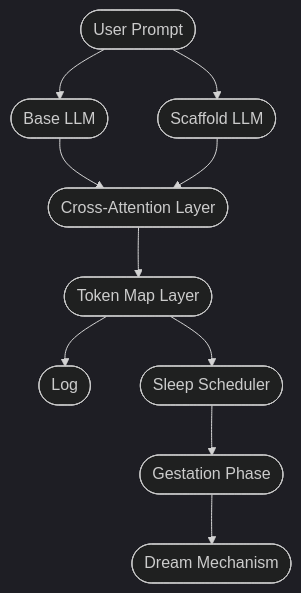
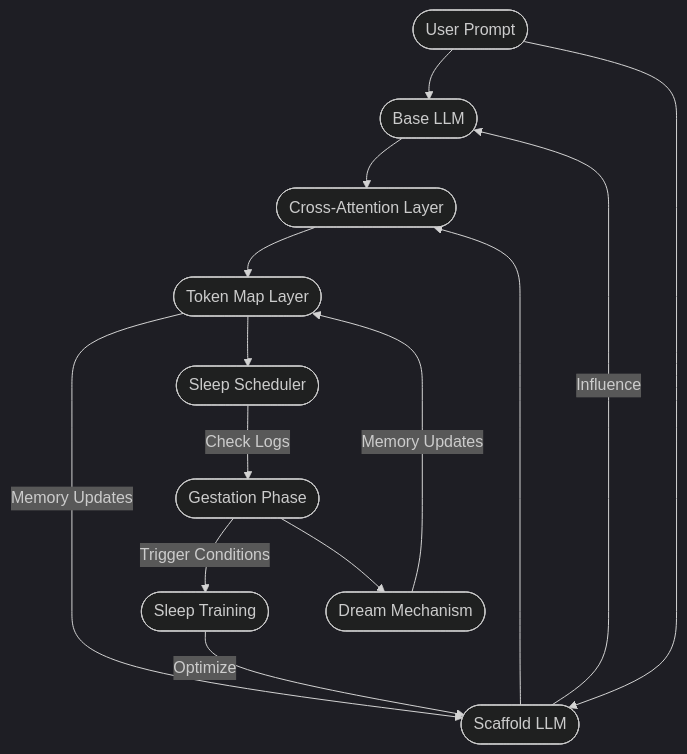
The diagram in structure.mmd (oppolla/dual-model-dynamic-scaffold), drawn with Mermaid (dark theme) before and after one commit.

```diff
--- a/structure.mmd
+++ b/structure.mmd
@@ -1,10 +1,14 @@
 flowchart TD
     UserPrompt([User Prompt]) --> BaseLLM([Base LLM])
     UserPrompt --> ScaffoldLLM([Scaffold LLM])
+    ScaffoldLLM -->|Influence| BaseLLM
     BaseLLM --> CrossAttention([Cross-Attention Layer])
     ScaffoldLLM --> CrossAttention
     CrossAttention --> TokenMap([Token Map Layer])
-    TokenMap --> Log([Log])
+    TokenMap -->|Memory Updates| ScaffoldLLM
     TokenMap --> SleepScheduler([Sleep Scheduler])
-    SleepScheduler --> Gestation([Gestation Phase])
+    SleepScheduler -->|Check Logs| Gestation([Gestation Phase])
+    Gestation -->|Trigger Conditions| SleepTraining([Sleep Training])
     Gestation --> Dreaming([Dream Mechanism])
+    SleepTraining -->|Optimize| ScaffoldLLM
+    Dreaming -->|Memory Updates| TokenMap
```
